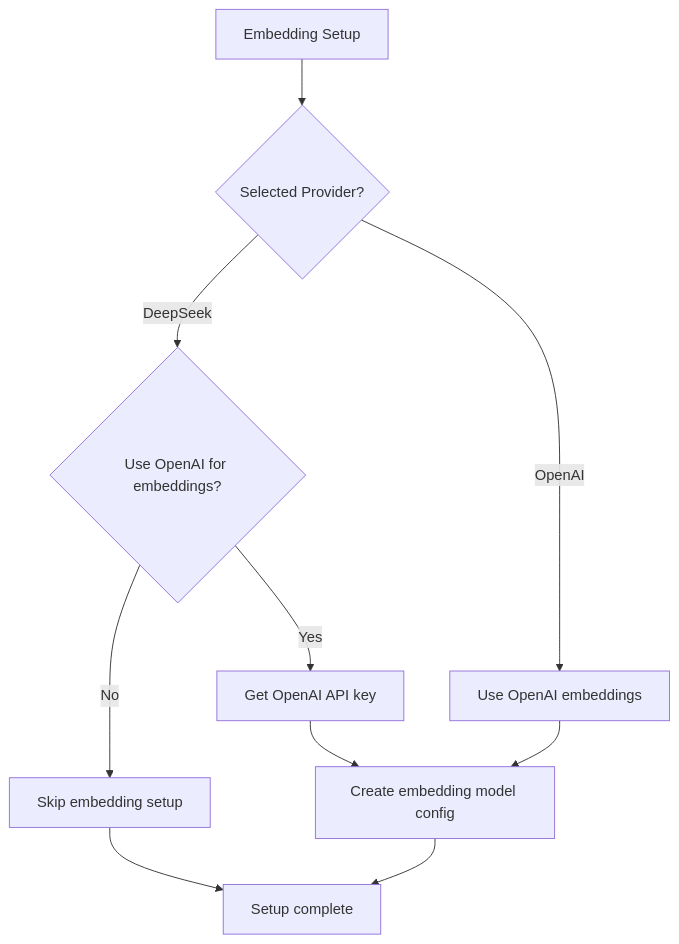
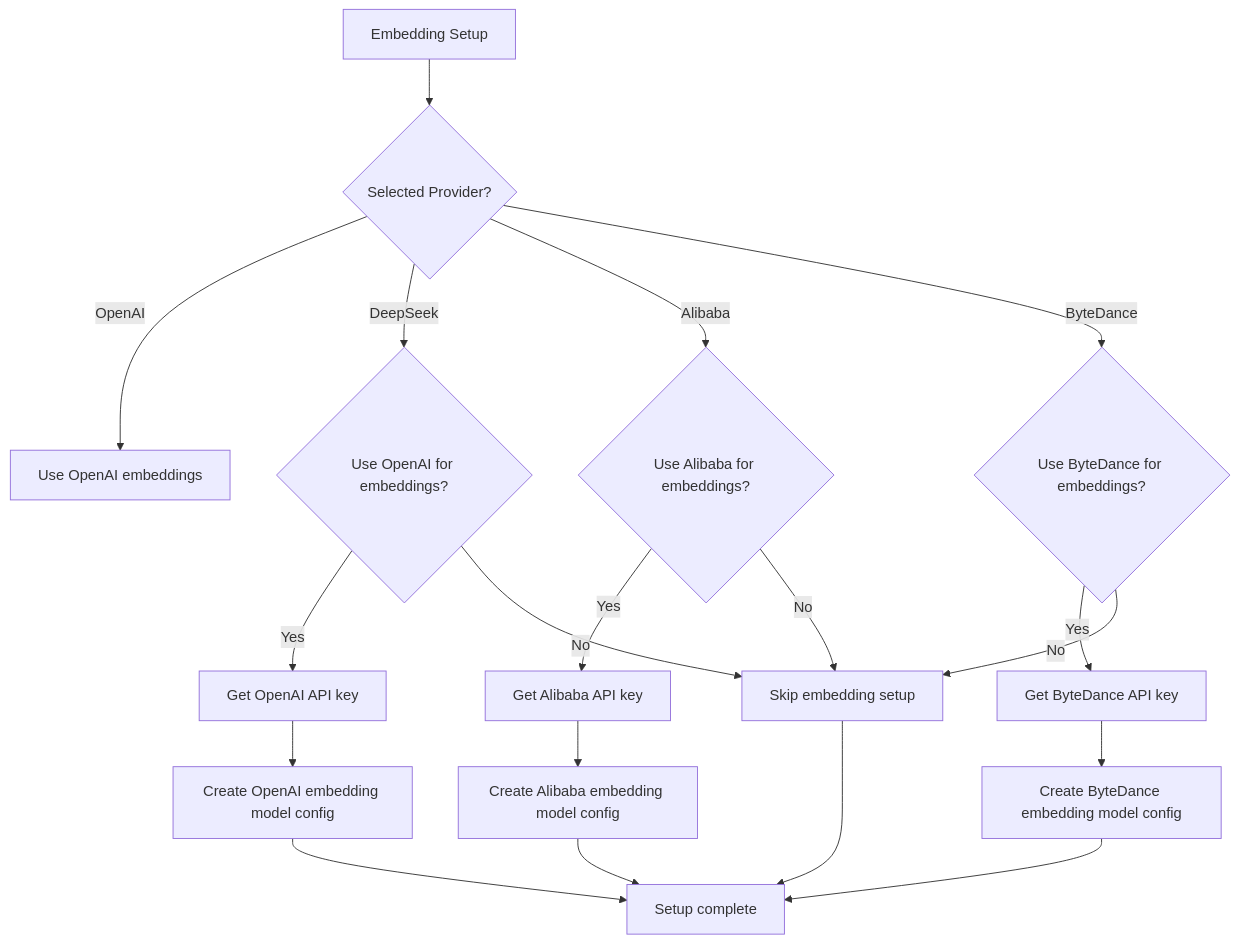
One commit to liwonder/NARRITIVE_OS changed the sixth of 8 diagrams in .qoder/repowiki/en/content/LLM Integration and Configuration.md. Above: the diagram before and after it, drawn with Mermaid. The commit also changed other lines of this file and 4 other files, not shown here.

Commit message:
wiki and full flow test case

````diff
--- a/.qoder/repowiki/en/content/LLM Integration and Configuration.md
+++ b/.qoder/repowiki/en/content/LLM Integration and Configuration.md
@@ -453,12 +527,21 @@
 ```mermaid
 flowchart TD
 Start["Embedding Setup"] --> CheckProvider{"Selected Provider?"}
+CheckProvider --> |OpenAI| UseEmbed["Use OpenAI embeddings"]
 CheckProvider --> |DeepSeek| AskEmbed{"Use OpenAI for embeddings?"}
-CheckProvider --> |OpenAI| UseEmbed["Use OpenAI embeddings"]
+CheckProvider --> |Alibaba| AskEmbed2{"Use Alibaba for embeddings?"}
+CheckProvider --> |ByteDance| AskEmbed3{"Use ByteDance for embeddings?"}
 AskEmbed --> |Yes| GetKey["Get OpenAI API key"]
 AskEmbed --> |No| SkipEmbed["Skip embedding setup"]
-GetKey --> CreateEmbed["Create embedding model config"]
-UseEmbed --> CreateEmbed
-SkipEmbed --> Complete["Setup complete"]
-CreateEmbed --> Complete
+AskEmbed2 --> |Yes| GetAlibabaKey["Get Alibaba API key"]
+AskEmbed2 --> |No| SkipEmbed
+AskEmbed3 --> |Yes| GetArkKey["Get ByteDance API key"]
+AskEmbed3 --> |No| SkipEmbed
+GetKey --> CreateEmbed["Create OpenAI embedding model config"]
+GetAlibabaKey --> CreateAlibabaEmbed["Create Alibaba embedding model config"]
+GetArkKey --> CreateArkEmbed["Create ByteDance embedding model config"]
+CreateEmbed --> Complete["Setup complete"]
+CreateAlibabaEmbed --> Complete
+CreateArkEmbed --> Complete
+SkipEmbed --> Complete
 ```
````
